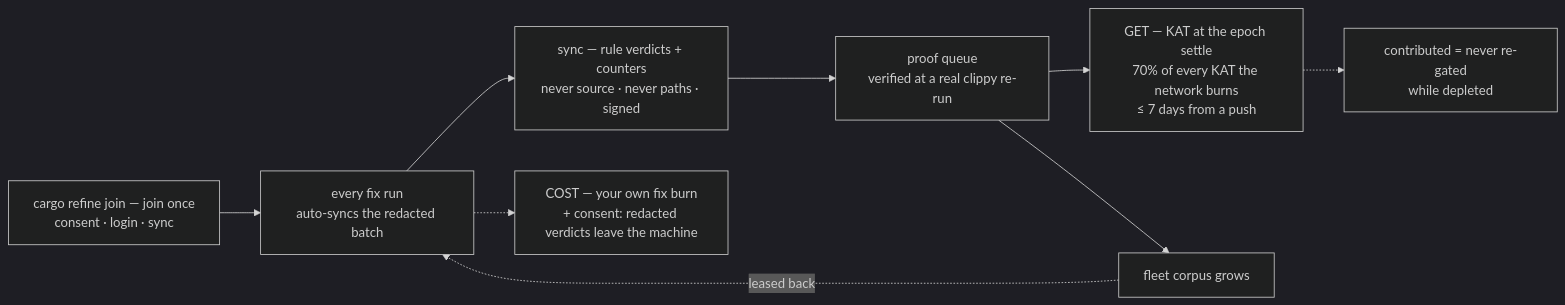
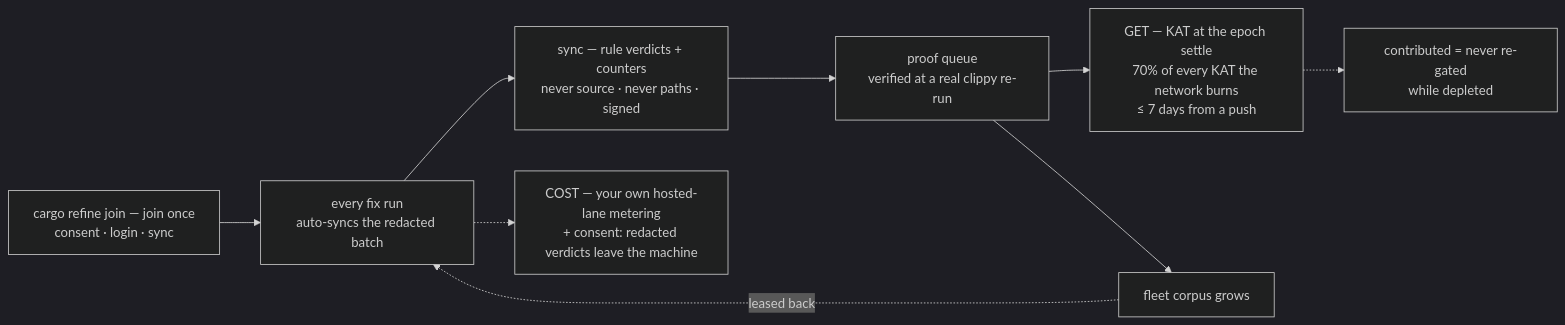
Before and after one commit to riir-ai/riir-refine: the second of 4 diagrams in .docs/01_orientation/role_flows.md, drawn with Mermaid (dark theme). The commit also changed other lines of this file and 1 other file, not shown here.

````diff
--- a/.docs/01_orientation/role_flows.md
+++ b/.docs/01_orientation/role_flows.md
@@ -121,11 +121,11 @@
 ```mermaid
 flowchart LR
     JOIN["cargo refine join — join once<br/>consent · login · sync"] --> RUN["every fix run<br/>auto-syncs the redacted batch"]
     RUN --> PUSH["sync — rule verdicts + counters<br/>never source · never paths · signed"]
     PUSH --> PROOF["proof queue<br/>verified at a real clippy re-run"]
     PROOF --> SETTLE["GET — KAT at the epoch settle<br/>70% of every KAT the network burns<br/>≤ 7 days from a push"]
-    RUN -.-> COST["COST — your own fix burn<br/>+ consent: redacted verdicts leave the machine"]
+    RUN -.-> COST["COST — your own hosted-lane metering<br/>+ consent: redacted verdicts leave the machine"]
     SETTLE -.-> LIFT["contributed = never re-gated<br/>while depleted"]
     PROOF --> GROW["fleet corpus grows"]
     GROW -.->|"leased back"| RUN
 ```
````
